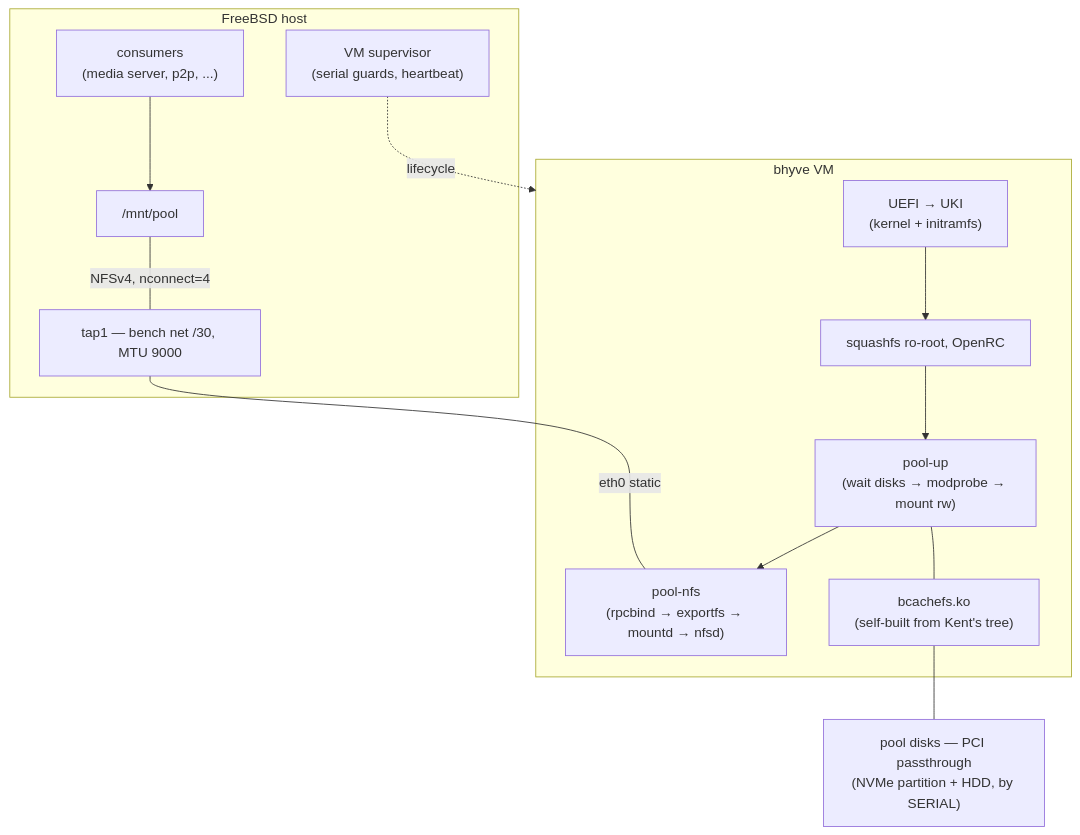
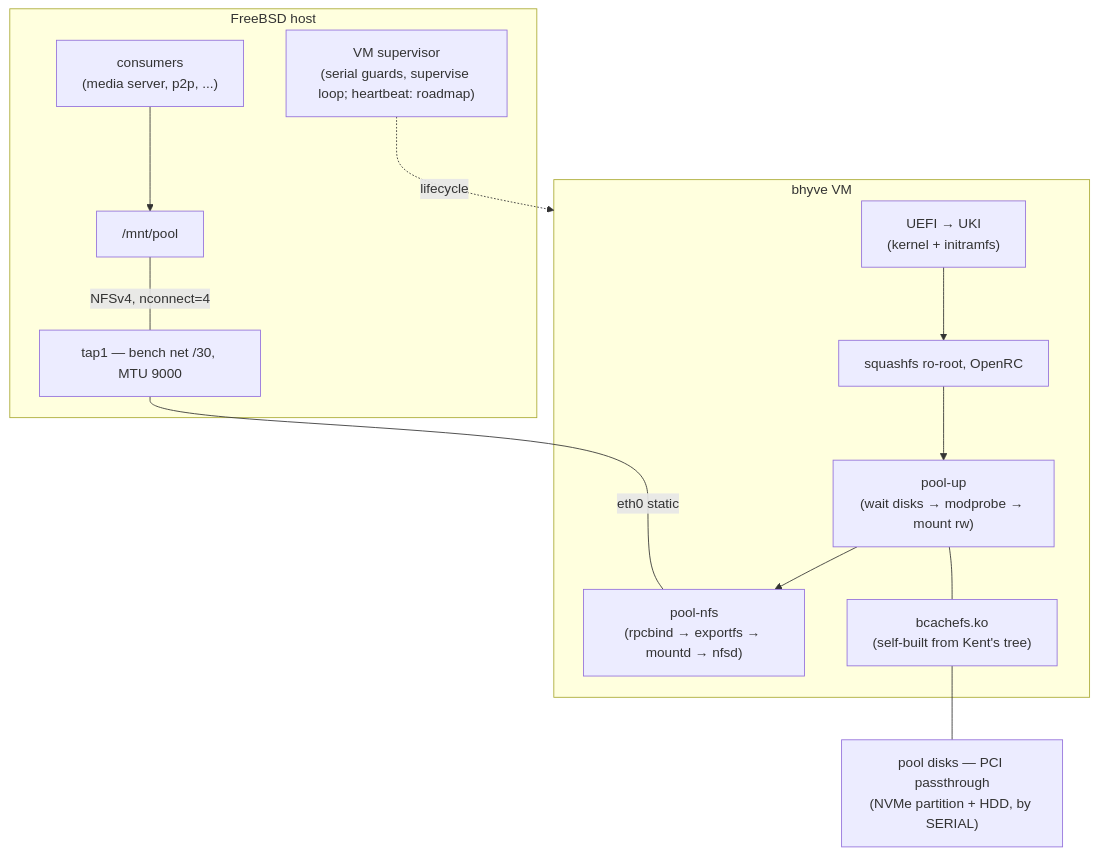
The diagram in README.md (e4779/bcachefs-box), drawn with Mermaid before and after one commit. The commit also changed other lines of this file and 2 other files, not shown here.

````diff
--- a/README.md
+++ b/README.md
@@ -28,24 +28,24 @@
 ```mermaid
 flowchart TB
     subgraph HOST["FreeBSD host"]
         CONS["consumers<br/>(media server, p2p, ...)"]
         MNT["/mnt/pool"]
-        SUP["VM supervisor<br/>(serial guards, heartbeat)"]
+        SUP["VM supervisor<br/>(serial guards, supervise loop; heartbeat: roadmap)"]
         TAP["tap1 — bench net /30, MTU 9000"]
     end
     subgraph VM["bhyve VM"]
         UKI["UEFI → UKI<br/>(kernel + initramfs)"]
         SQ["squashfs ro-root, OpenRC"]
         PU["pool-up<br/>(wait disks → modprobe → mount rw)"]
         PN["pool-nfs<br/>(rpcbind → exportfs → mountd → nfsd)"]
         KO["bcachefs.ko<br/>(self-built from Kent's tree)"]
     end
     DISKS["pool disks — PCI passthrough<br/>(NVMe partition + HDD, by SERIAL)"]
     CONS --> MNT
     MNT ---|"NFSv4, nconnect=4"| TAP
     TAP ---|"eth0 static"| PN
     SUP -.->|lifecycle| VM
     UKI --> SQ --> PU --> PN
     PU --- KO
     KO --- DISKS
 ```
````
